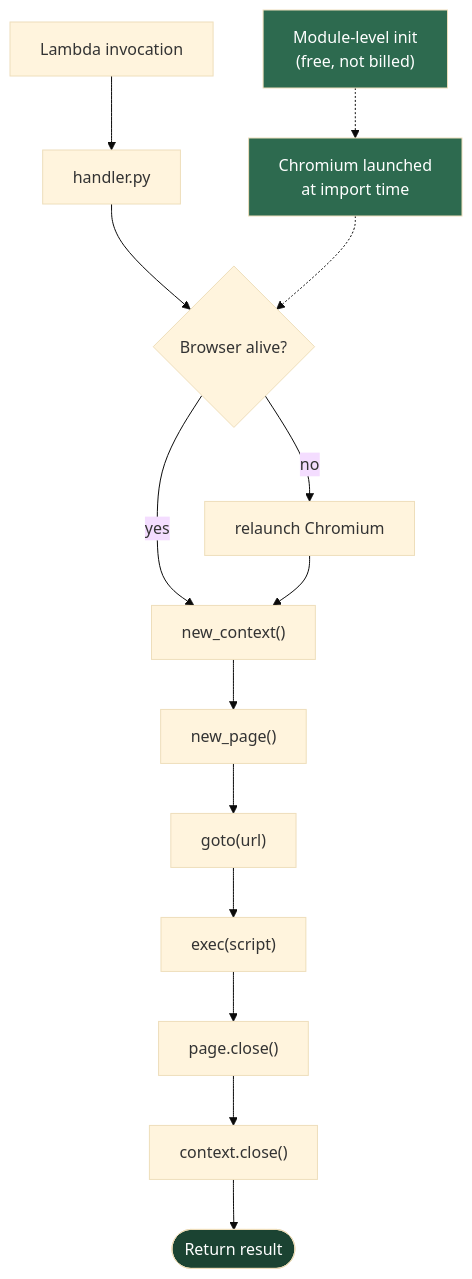
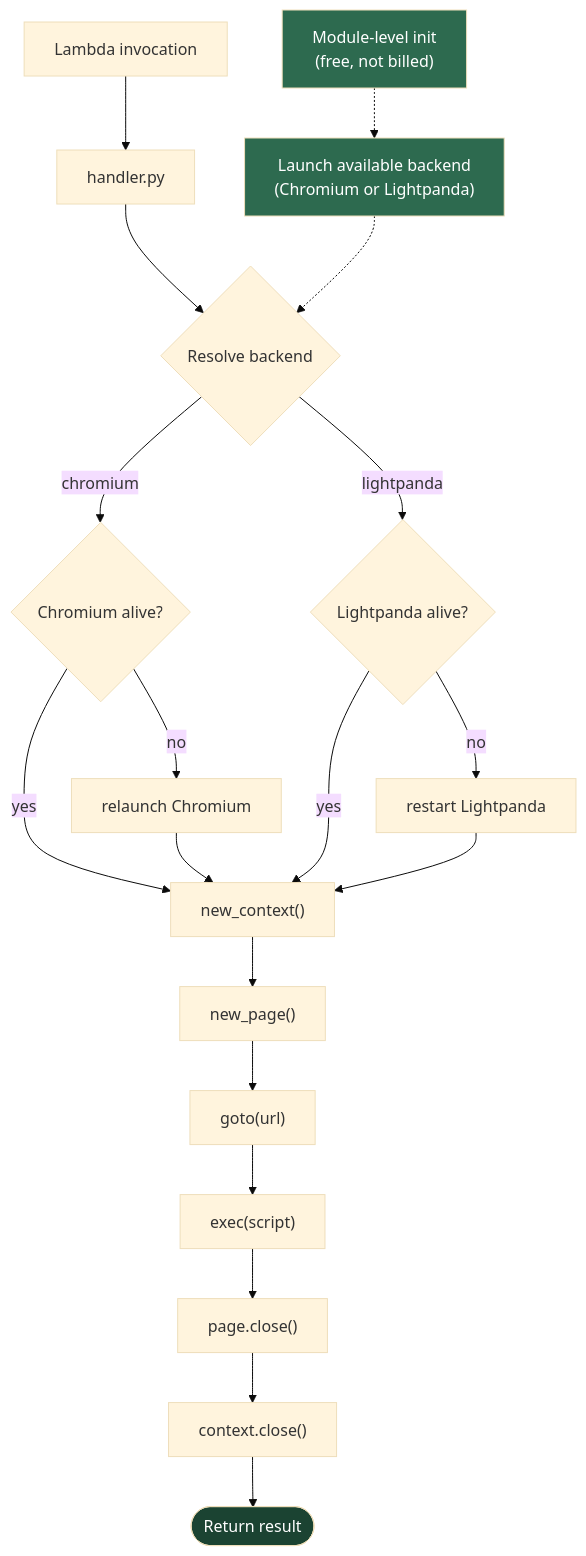
One commit to dgallitelli/lambda-theatre changed the first of 7 diagrams in ARCHITECTURE.md. Above: the diagram before and after it, drawn with Mermaid (base theme). The commit also changed other lines of this file and 2 other files, not shown here.

Commit message:
docs: add Lightpanda backend documentation
Update event schema with browser field, add Browser Backends section
to README, update architecture flow diagram, add changelog entry.

````diff
--- a/ARCHITECTURE.md
+++ b/ARCHITECTURE.md
@@ -5,20 +5,24 @@
 ```mermaid
 flowchart TD
     A["Lambda invocation"] --> B["handler.py"]
-    B --> C{"Browser alive?"}
+    B --> BA{"Resolve backend"}
+    BA -- chromium --> C{"Chromium alive?"}
+    BA -- lightpanda --> LC{"Lightpanda alive?"}
     C -- yes --> D["new_context()"]
     C -- no --> R["relaunch Chromium"] --> D
+    LC -- yes --> D
+    LC -- no --> LR["restart Lightpanda"] --> D
     D --> E["new_page()"]
     E --> F["goto(url)"]
     F --> G["exec(script)"]
     G --> H["page.close()"]
     H --> I["context.close()"]
     I --> J(["Return result"])
 
-    K["Module-level init\n(free, not billed)"] -.-> L["Chromium launched\nat import time"]
-    L -.-> C
+    K["Module-level init\n(free, not billed)"] -.-> L["Launch available backend\n(Chromium or Lightpanda)"]
+    L -.-> BA
 
     style K fill:#2d6a4f,color:#fff
     style L fill:#2d6a4f,color:#fff
     style J fill:#1b4332,color:#fff
 ```
````
